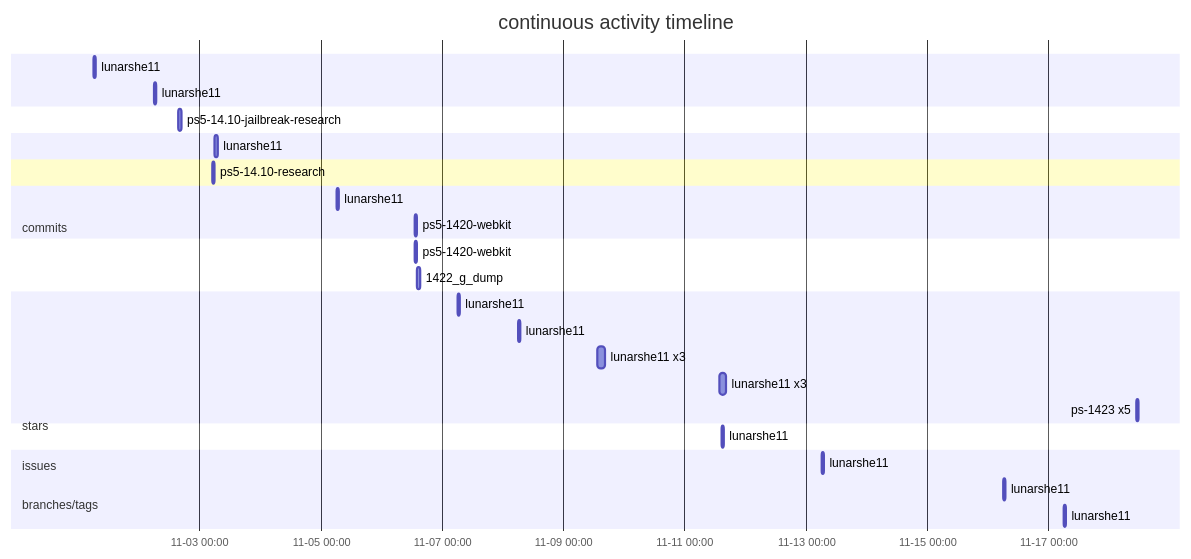
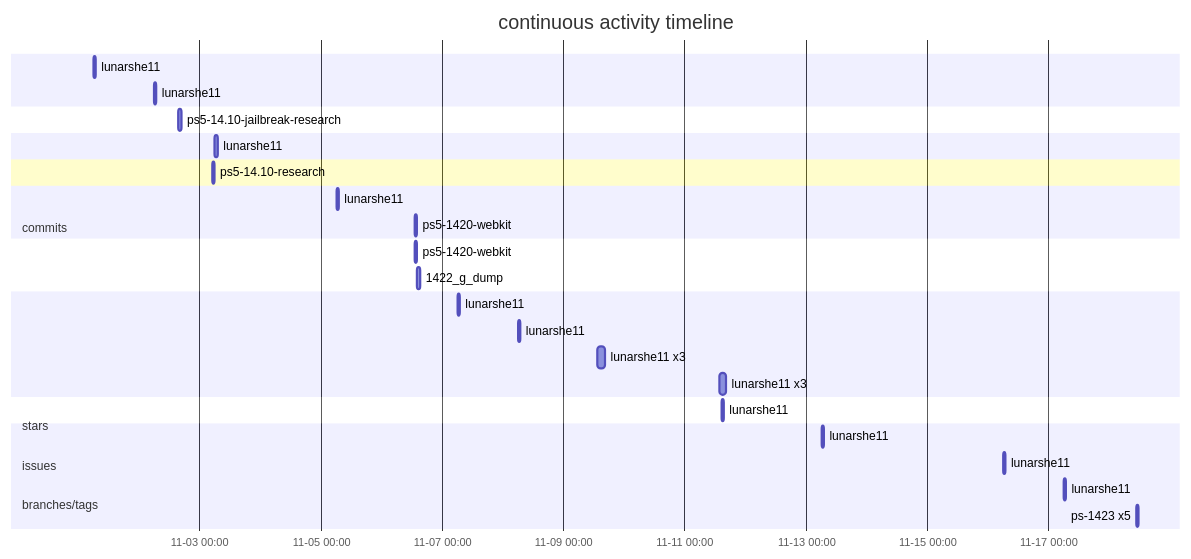
Before and after one commit to lunarshe11/lunarshe11: the first of 3 diagrams in README.md, drawn with Mermaid. The commit also changed other lines of this file, not shown here.

````diff
--- a/README.md
+++ b/README.md
@@ -13,33 +13,33 @@
 ```mermaid
 gantt
     title continuous activity timeline
     dateFormat  YYYY-MM-DD HH:mm
     axisFormat  %m-%d %H:%M
     section commits
         lunarshe11 :2026-11-01 06:05, 1h
         lunarshe11 :2026-11-02 06:05, 1h
     section stars
         ps5-14.10-jailbreak-research :2026-11-02 15:49, 1h
     section commits
         lunarshe11 :2026-11-03 06:05, 1h
     section issues
         ps5-14.10-research :2026-11-03 04:55, 1h
     section commits
         lunarshe11 :2026-11-05 06:05, 1h
         ps5-1420-webkit :2026-11-06 13:07, 1h
     section branches/tags
         ps5-1420-webkit :2026-11-06 12:59, 1h
         1422_g_dump :2026-11-06 14:11, 1h
     section commits
         lunarshe11 :2026-11-07 06:05, 1h
         lunarshe11 :2026-11-08 06:05, 1h
         lunarshe11 x3 :2026-11-09 13:33, 3h
         lunarshe11 x3 :2026-11-11 13:37, 3h
-        ps-1423 x5 :2026-11-18 10:39, 1h
     section stars
         lunarshe11 :2026-11-11 14:30, 1h
     section commits
         lunarshe11 :2026-11-13 06:05, 1h
         lunarshe11 :2026-11-16 06:05, 1h
         lunarshe11 :2026-11-17 06:05, 1h
+        ps-1423 x5 :2026-11-18 10:39, 1h
 ```
````
